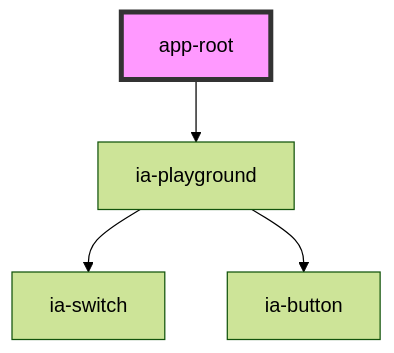
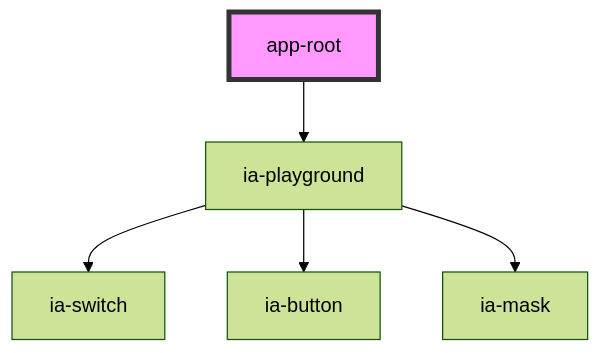
The diagram in src/components/app/readme.md (aqeja/lila-ui), drawn with Mermaid (forest theme) before and after one commit. The commit also changed 16 other files, not shown here.

````diff
--- a/src/components/app/readme.md
+++ b/src/components/app/readme.md
@@ -15,7 +15,8 @@
 ```mermaid
 graph TD;
   app-root --> ia-playground
   ia-playground --> ia-switch
   ia-playground --> ia-button
+  ia-playground --> ia-mask
   style app-root fill:#f9f,stroke:#333,stroke-width:4px
 ```
````
